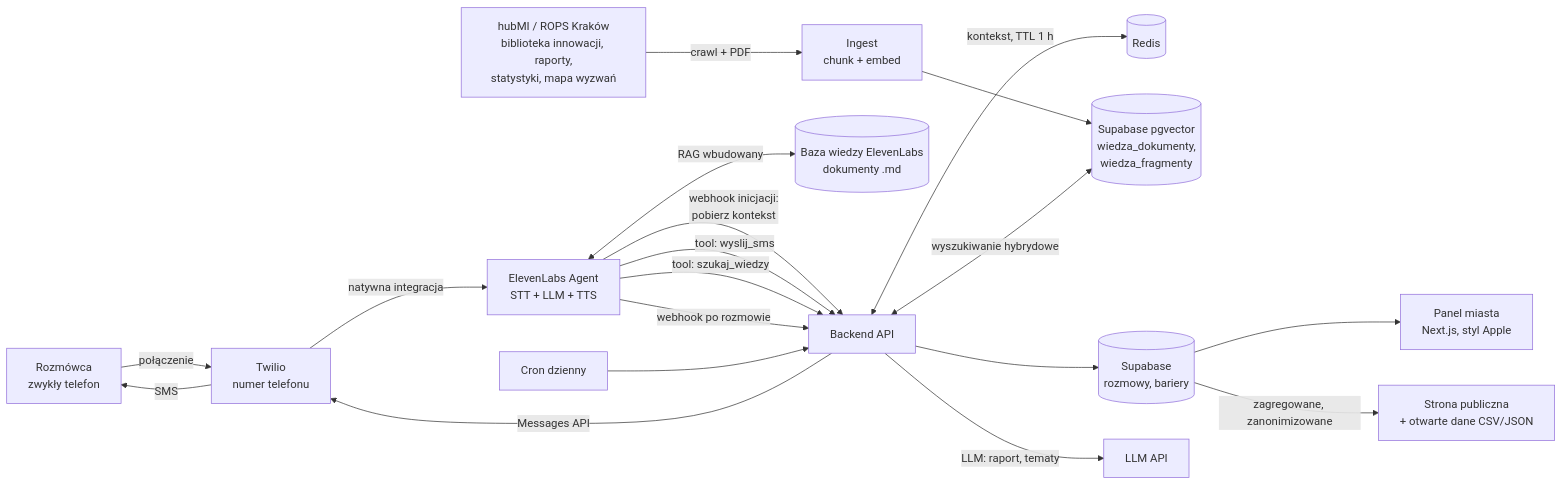
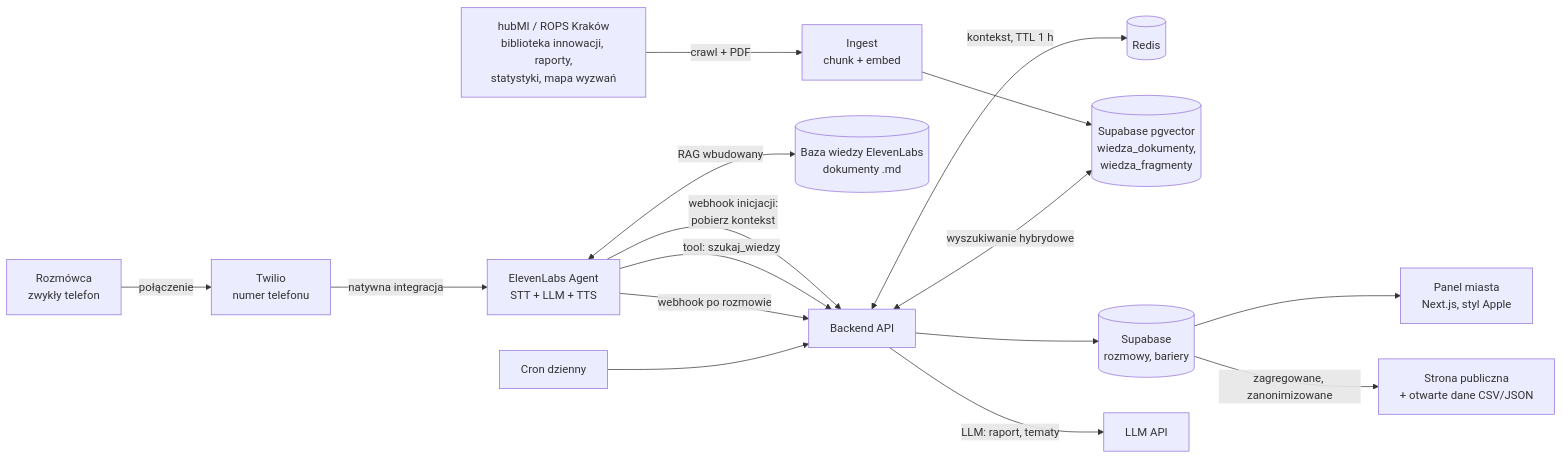
One commit to carrotly-technologies-2026/polish-stonks-bot changed the first of 4 diagrams in PLAN.md. Above: the diagram before and after it, drawn with Mermaid. The commit also changed other lines of this file, not shown here.

First line of the commit message:
Drop SMS sending from the plan

````diff
--- a/PLAN.md
+++ b/PLAN.md
@@ -37,21 +37,18 @@
 ```mermaid
 flowchart LR
     U[Rozmówca<br/>zwykły telefon] -->|połączenie| TW[Twilio<br/>numer telefonu]
     TW -->|natywna integracja| EL[ElevenLabs Agent<br/>STT + LLM + TTS]
     EL -->|webhook inicjacji:<br/>pobierz kontekst| BE
     BE <-->|kontekst, TTL 1 h| RD[(Redis)]
     EL <-->|RAG wbudowany| KB[(Baza wiedzy ElevenLabs<br/>dokumenty .md)]
-    EL -->|tool: wyslij_sms| BE[Backend API]
-    EL -->|tool: szukaj_wiedzy| BE
+    EL -->|tool: szukaj_wiedzy| BE[Backend API]
     SRC[hubMI / ROPS Kraków<br/>biblioteka innowacji, raporty,<br/>statystyki, mapa wyzwań] -->|crawl + PDF| ING[Ingest<br/>chunk + embed]
     ING --> VEC[(Supabase pgvector<br/>wiedza_dokumenty,<br/>wiedza_fragmenty)]
     BE <-->|wyszukiwanie hybrydowe| VEC
-    BE -->|Messages API| TW
-    TW -->|SMS| U
     EL -->|webhook po rozmowie| BE
     BE --> DB[(Supabase<br/>rozmowy, bariery)]
     CRON[Cron dzienny] --> BE
     BE -->|LLM: raport, tematy| LLM[LLM API]
     DB --> DASH[Panel miasta<br/>Next.js, styl Apple]
     DB -->|zagregowane, zanonimizowane| PUB[Strona publiczna<br/>+ otwarte dane CSV/JSON]
 ```
````
